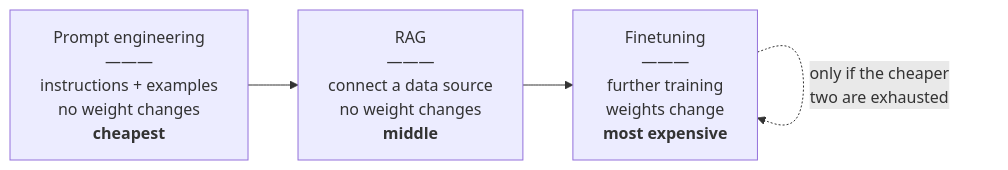
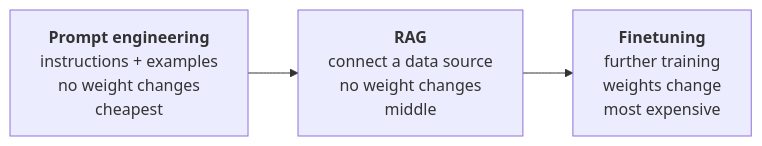
Before and after one commit to utkarshinobi/mind: the third of 8 diagrams in book/chapter-01.md, drawn with Mermaid. The commit also changed other lines of this file, not shown here.

````diff
--- a/book/chapter-01.md
+++ b/book/chapter-01.md
@@ -377,8 +190,7 @@
 ```mermaid
 flowchart LR
-    P["Prompt engineering<br/>———<br/>instructions + examples<br/>no weight changes<br/><b>cheapest</b>"]
-    R["RAG<br/>———<br/>connect a data source<br/>no weight changes<br/><b>middle</b>"]
-    F["Finetuning<br/>———<br/>further training<br/>weights change<br/><b>most expensive</b>"]
+    P["<b>Prompt engineering</b><br/>instructions + examples<br/>no weight changes<br/>cheapest"]
+    R["<b>RAG</b><br/>connect a data source<br/>no weight changes<br/>middle"]
+    F["<b>Finetuning</b><br/>further training<br/>weights change<br/>most expensive"]
     P --> R --> F
-    F -.->|"only if the cheaper<br/>two are exhausted"| F
 ```
````
